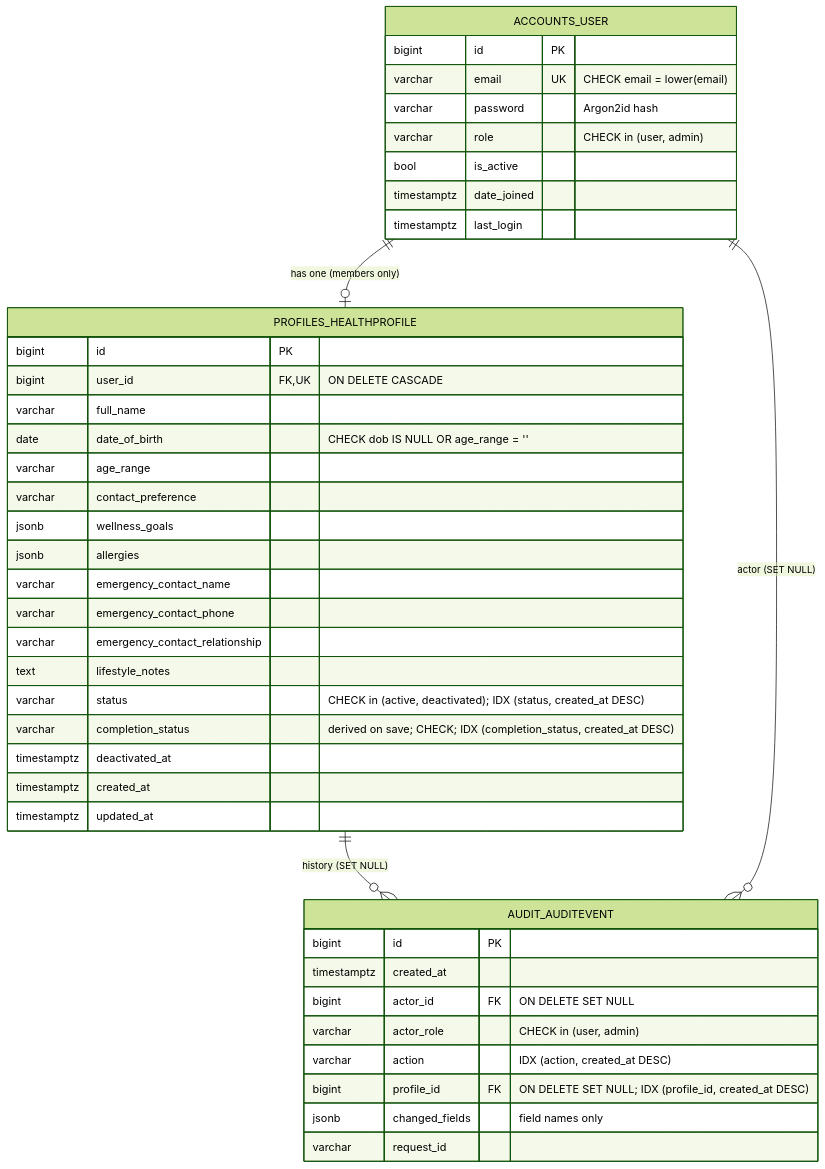
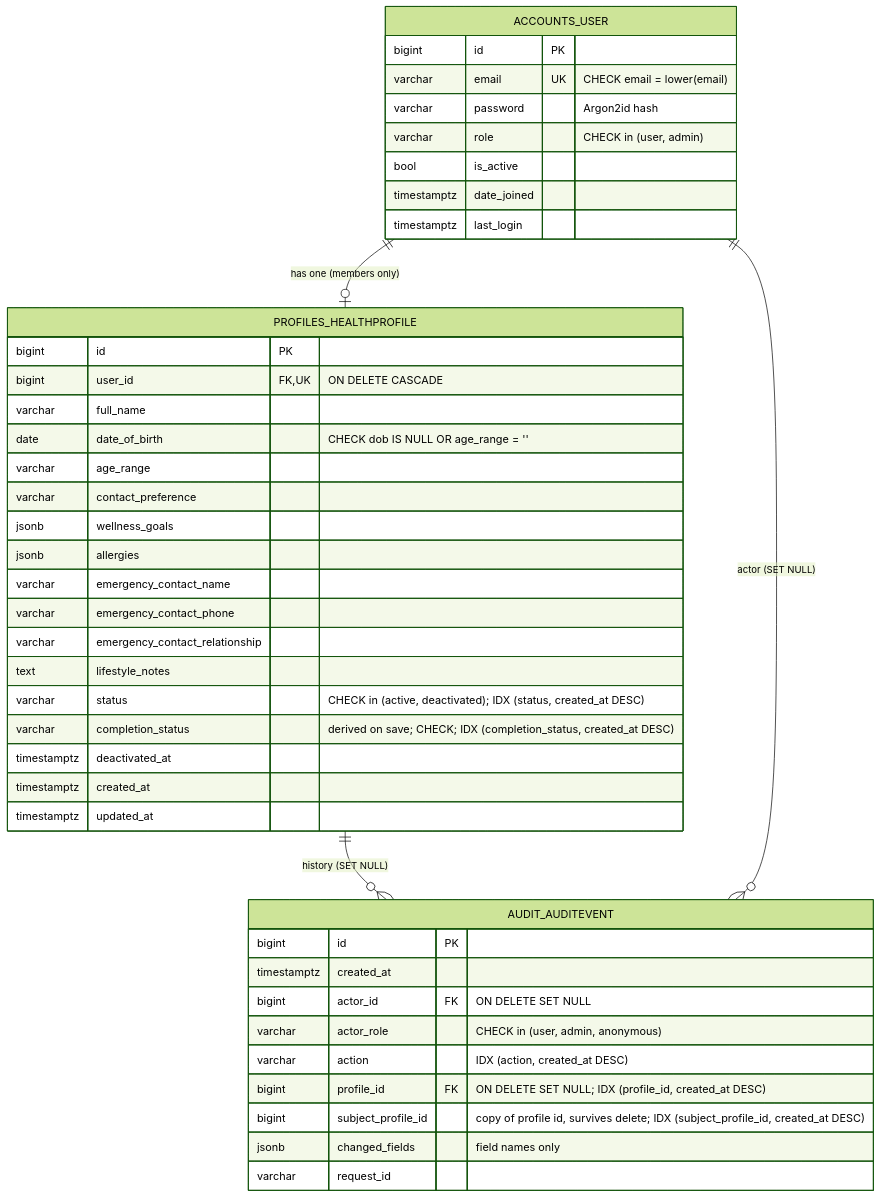
Before and after one commit to Amna903/internship: the second of 2 diagrams in week2/docs/ARCHITECTURE.md, drawn with Mermaid (forest theme). The commit also changed other lines of this file and 3 other files, not shown here.

````diff
--- a/week2/docs/ARCHITECTURE.md
+++ b/week2/docs/ARCHITECTURE.md
@@ -77,44 +77,45 @@
 ```mermaid
 erDiagram
   ACCOUNTS_USER ||--o| PROFILES_HEALTHPROFILE : "has one (members only)"
   PROFILES_HEALTHPROFILE ||--o{ AUDIT_AUDITEVENT : "history (SET NULL)"
   ACCOUNTS_USER ||--o{ AUDIT_AUDITEVENT : "actor (SET NULL)"
   ACCOUNTS_USER {
     bigint id PK
     varchar email UK "CHECK email = lower(email)"
     varchar password "Argon2id hash"
     varchar role "CHECK in (user, admin)"
     bool is_active
     timestamptz date_joined
     timestamptz last_login
   }
   PROFILES_HEALTHPROFILE {
     bigint id PK
     bigint user_id FK,UK "ON DELETE CASCADE"
     varchar full_name
     date date_of_birth "CHECK dob IS NULL OR age_range = ''"
     varchar age_range
     varchar contact_preference
     jsonb wellness_goals
     jsonb allergies
     varchar emergency_contact_name
     varchar emergency_contact_phone
     varchar emergency_contact_relationship
     text lifestyle_notes
     varchar status "CHECK in (active, deactivated); IDX (status, created_at DESC)"
     varchar completion_status "derived on save; CHECK; IDX (completion_status, created_at DESC)"
     timestamptz deactivated_at
     timestamptz created_at
     timestamptz updated_at
   }
   AUDIT_AUDITEVENT {
     bigint id PK
     timestamptz created_at
     bigint actor_id FK "ON DELETE SET NULL"
-    varchar actor_role "CHECK in (user, admin)"
+    varchar actor_role "CHECK in (user, admin, anonymous)"
     varchar action "IDX (action, created_at DESC)"
     bigint profile_id FK "ON DELETE SET NULL; IDX (profile_id, created_at DESC)"
+    bigint subject_profile_id "copy of profile id, survives delete; IDX (subject_profile_id, created_at DESC)"
     jsonb changed_fields "field names only"
     varchar request_id
   }
 ```
````
